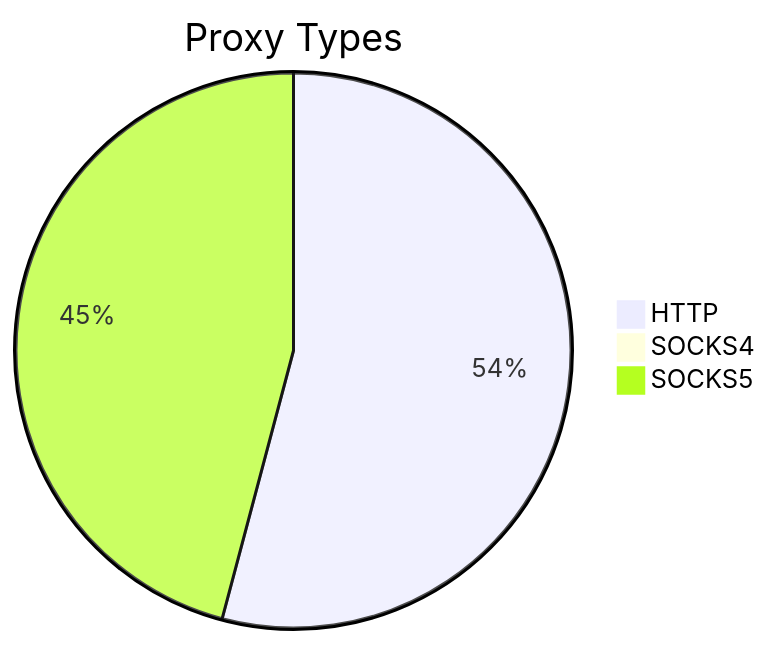
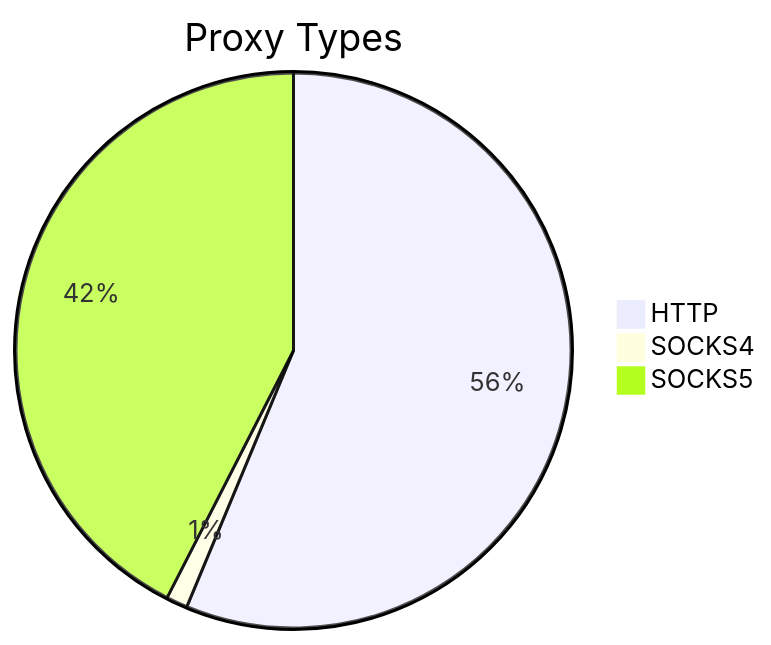
The first of 2 diagrams in README.md (stormsia/proxy-list), drawn with Mermaid before and after one commit. The commit also changed other lines of this file, not shown here.

````diff
--- a/README.md
+++ b/README.md
@@ -21,6 +21,6 @@
 ```mermaid
 pie title Proxy Types
-    "HTTP" : 2178
-    "SOCKS4" : 39
-    "SOCKS5" : 1845
+    "HTTP" : 2214
+    "SOCKS4" : 49
+    "SOCKS5" : 1671
 ```
````
